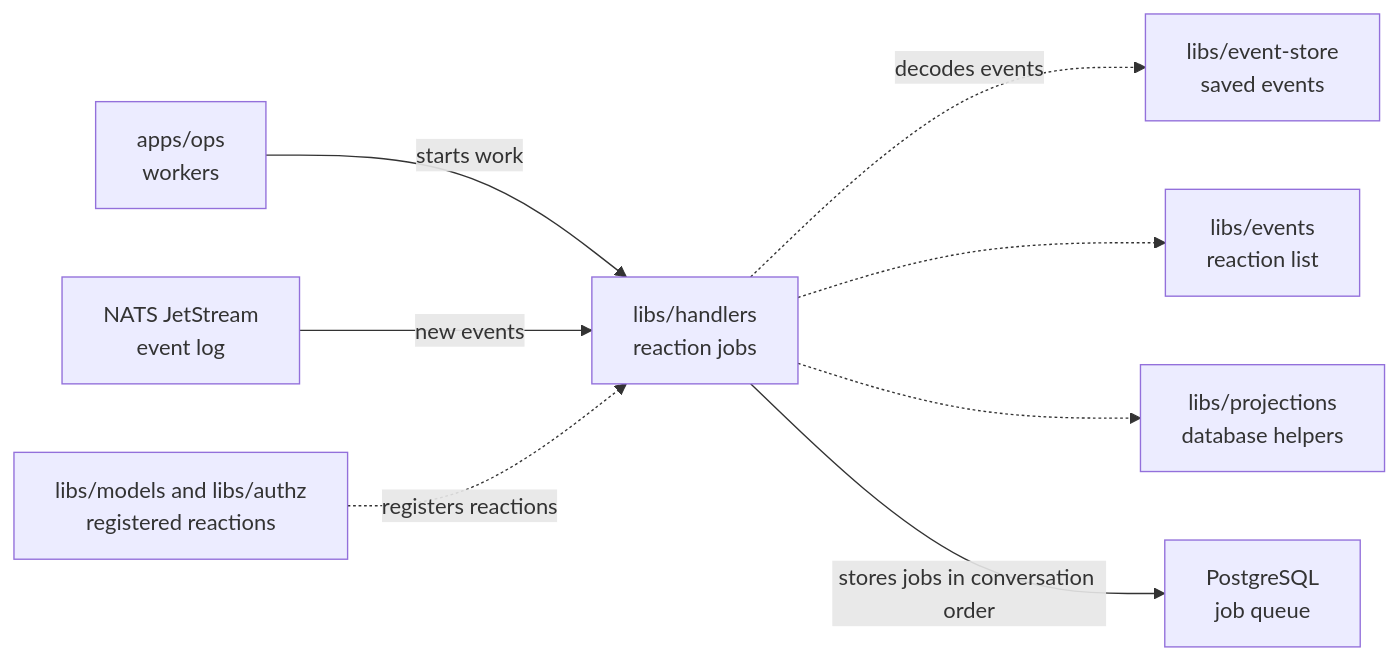
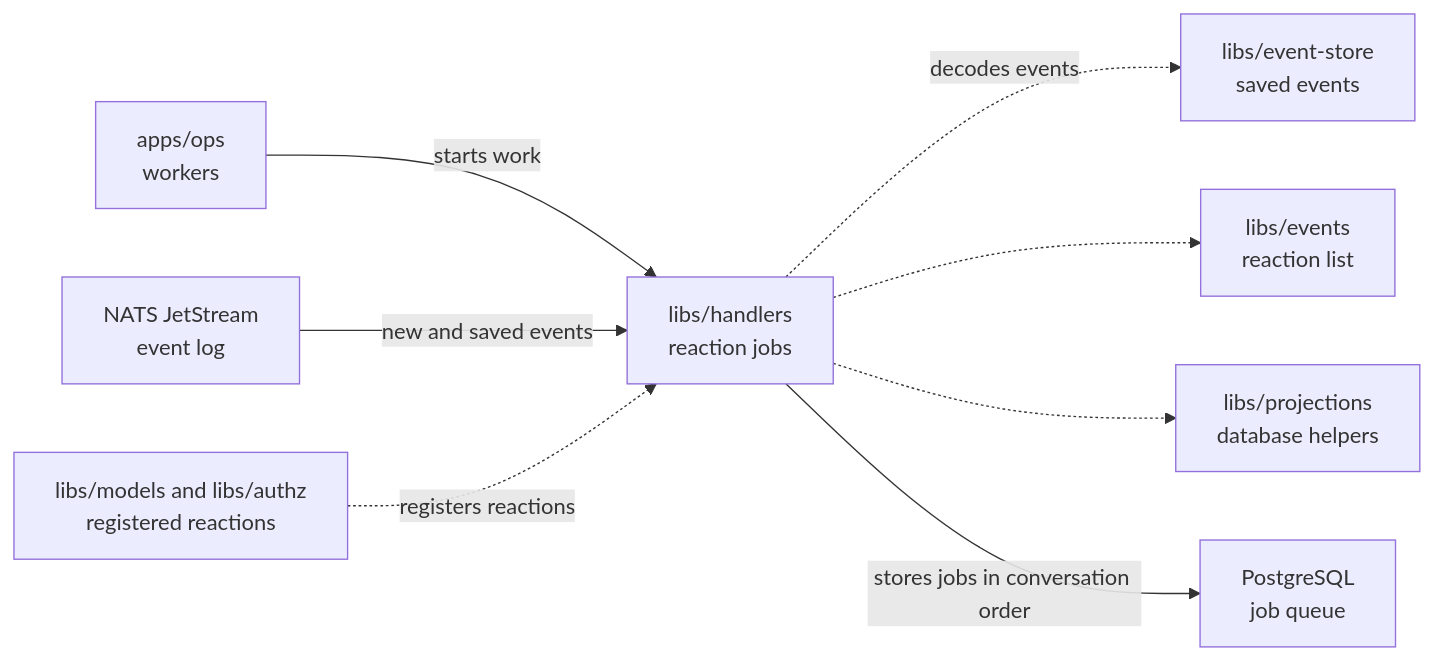
One commit to elewa-git/opencrane-new changed the diagram in libs/handlers/README.md. Above: the diagram before and after it, drawn with Mermaid. The commit also changed other lines of this file and 15 other files, not shown here.

````diff
--- a/libs/handlers/README.md
+++ b/libs/handlers/README.md
@@ -28,10 +28,10 @@
 ```mermaid
 flowchart LR
   ops["apps/ops<br/>workers"] -->|starts work| handlers["libs/handlers<br/>reaction jobs"]
-  nats["NATS JetStream<br/>event log"] -->|new events| handlers
+  nats["NATS JetStream<br/>event log"] -->|new and saved events| handlers
   reactions["libs/models and libs/authz<br/>registered reactions"] -.->|registers reactions| handlers
   handlers -.->|decodes events| store["libs/event-store<br/>saved events"]
   handlers -.-> events["libs/events<br/>reaction list"]
   handlers -.-> projections["libs/projections<br/>database helpers"]
   handlers -->|stores jobs in conversation order| pg["PostgreSQL<br/>job queue"]
 ```
````
